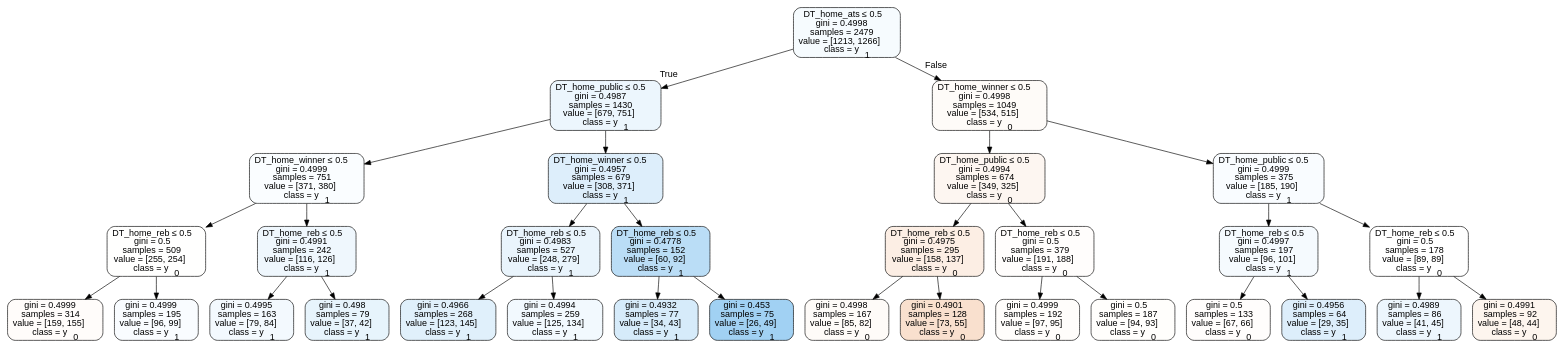
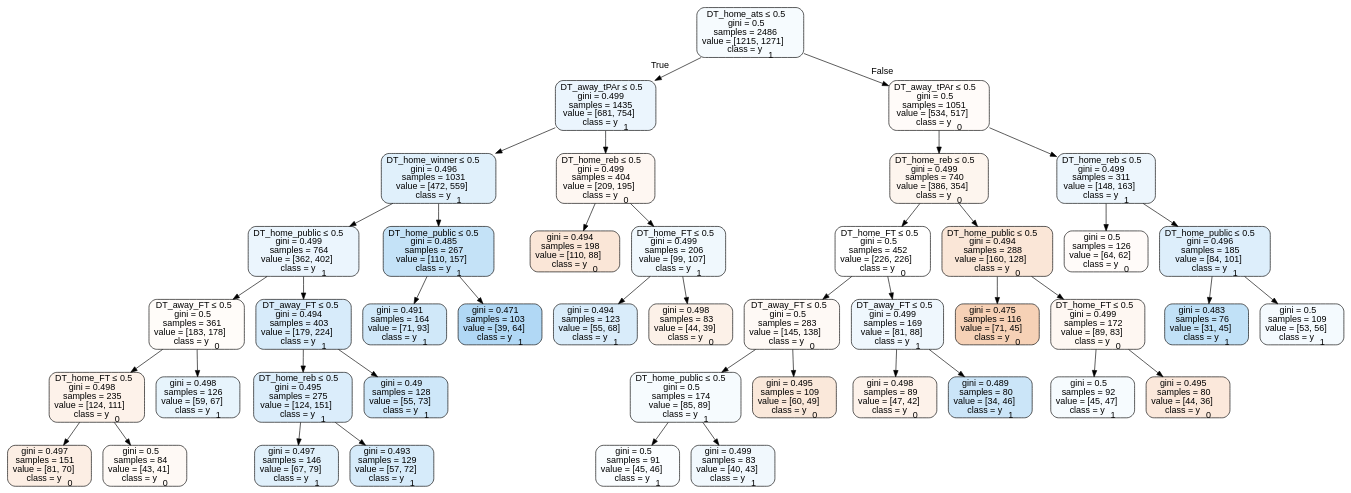
Before and after one commit to usbogie/ncaa-bets: the diagram in Basketball/data/trees/tree2015neutral.dot, drawn with Graphviz. The commit also changed 35 other files, not shown here.

```diff
--- a/Basketball/data/trees/tree2015neutral.dot
+++ b/Basketball/data/trees/tree2015neutral.dot
@@ -1,65 +1,89 @@
 digraph Tree {
 node [shape=box, style="filled, rounded", color="black", fontname=helvetica] ;
 edge [fontname=helvetica] ;
-0 [label=<DT_home_ats &le; 0.5<br/>gini = 0.4998<br/>samples = 2479<br/>value = [1213, 1266]<br/>class = y<SUB>1</SUB>>, fillcolor="#399de50b"] ;
-1 [label=<DT_home_public &le; 0.5<br/>gini = 0.4987<br/>samples = 1430<br/>value = [679, 751]<br/>class = y<SUB>1</SUB>>, fillcolor="#399de518"] ;
+0 [label=<DT_home_ats &le; 0.5<br/>gini = 0.5<br/>samples = 2486<br/>value = [1215, 1271]<br/>class = y<SUB>1</SUB>>, fillcolor="#399de50b"] ;
+1 [label=<DT_away_tPAr &le; 0.5<br/>gini = 0.499<br/>samples = 1435<br/>value = [681, 754]<br/>class = y<SUB>1</SUB>>, fillcolor="#399de519"] ;
 0 -> 1 [labeldistance=2.5, labelangle=45, headlabel="True"] ;
-2 [label=<DT_home_winner &le; 0.5<br/>gini = 0.4999<br/>samples = 751<br/>value = [371, 380]<br/>class = y<SUB>1</SUB>>, fillcolor="#399de506"] ;
+2 [label=<DT_home_winner &le; 0.5<br/>gini = 0.496<br/>samples = 1031<br/>value = [472, 559]<br/>class = y<SUB>1</SUB>>, fillcolor="#399de528"] ;
 1 -> 2 ;
-3 [label=<DT_home_reb &le; 0.5<br/>gini = 0.5<br/>samples = 509<br/>value = [255, 254]<br/>class = y<SUB>0</SUB>>, fillcolor="#e5813901"] ;
+3 [label=<DT_home_public &le; 0.5<br/>gini = 0.499<br/>samples = 764<br/>value = [362, 402]<br/>class = y<SUB>1</SUB>>, fillcolor="#399de519"] ;
 2 -> 3 ;
-4 [label=<gini = 0.4999<br/>samples = 314<br/>value = [159, 155]<br/>class = y<SUB>0</SUB>>, fillcolor="#e5813906"] ;
+4 [label=<DT_away_FT &le; 0.5<br/>gini = 0.5<br/>samples = 361<br/>value = [183, 178]<br/>class = y<SUB>0</SUB>>, fillcolor="#e5813907"] ;
 3 -> 4 ;
-5 [label=<gini = 0.4999<br/>samples = 195<br/>value = [96, 99]<br/>class = y<SUB>1</SUB>>, fillcolor="#399de508"] ;
-3 -> 5 ;
-6 [label=<DT_home_reb &le; 0.5<br/>gini = 0.4991<br/>samples = 242<br/>value = [116, 126]<br/>class = y<SUB>1</SUB>>, fillcolor="#399de514"] ;
-2 -> 6 ;
-7 [label=<gini = 0.4995<br/>samples = 163<br/>value = [79, 84]<br/>class = y<SUB>1</SUB>>, fillcolor="#399de50f"] ;
-6 -> 7 ;
-8 [label=<gini = 0.498<br/>samples = 79<br/>value = [37, 42]<br/>class = y<SUB>1</SUB>>, fillcolor="#399de51e"] ;
-6 -> 8 ;
-9 [label=<DT_home_winner &le; 0.5<br/>gini = 0.4957<br/>samples = 679<br/>value = [308, 371]<br/>class = y<SUB>1</SUB>>, fillcolor="#399de52b"] ;
-1 -> 9 ;
-10 [label=<DT_home_reb &le; 0.5<br/>gini = 0.4983<br/>samples = 527<br/>value = [248, 279]<br/>class = y<SUB>1</SUB>>, fillcolor="#399de51c"] ;
+5 [label=<DT_home_FT &le; 0.5<br/>gini = 0.498<br/>samples = 235<br/>value = [124, 111]<br/>class = y<SUB>0</SUB>>, fillcolor="#e581391b"] ;
+4 -> 5 ;
+6 [label=<gini = 0.497<br/>samples = 151<br/>value = [81, 70]<br/>class = y<SUB>0</SUB>>, fillcolor="#e5813923"] ;
+5 -> 6 ;
+7 [label=<gini = 0.5<br/>samples = 84<br/>value = [43, 41]<br/>class = y<SUB>0</SUB>>, fillcolor="#e581390c"] ;
+5 -> 7 ;
+8 [label=<gini = 0.498<br/>samples = 126<br/>value = [59, 67]<br/>class = y<SUB>1</SUB>>, fillcolor="#399de51e"] ;
+4 -> 8 ;
+9 [label=<DT_away_FT &le; 0.5<br/>gini = 0.494<br/>samples = 403<br/>value = [179, 224]<br/>class = y<SUB>1</SUB>>, fillcolor="#399de533"] ;
+3 -> 9 ;
+10 [label=<DT_home_reb &le; 0.5<br/>gini = 0.495<br/>samples = 275<br/>value = [124, 151]<br/>class = y<SUB>1</SUB>>, fillcolor="#399de52e"] ;
 9 -> 10 ;
-11 [label=<gini = 0.4966<br/>samples = 268<br/>value = [123, 145]<br/>class = y<SUB>1</SUB>>, fillcolor="#399de527"] ;
+11 [label=<gini = 0.497<br/>samples = 146<br/>value = [67, 79]<br/>class = y<SUB>1</SUB>>, fillcolor="#399de527"] ;
 10 -> 11 ;
-12 [label=<gini = 0.4994<br/>samples = 259<br/>value = [125, 134]<br/>class = y<SUB>1</SUB>>, fillcolor="#399de511"] ;
+12 [label=<gini = 0.493<br/>samples = 129<br/>value = [57, 72]<br/>class = y<SUB>1</SUB>>, fillcolor="#399de535"] ;
 10 -> 12 ;
-13 [label=<DT_home_reb &le; 0.5<br/>gini = 0.4778<br/>samples = 152<br/>value = [60, 92]<br/>class = y<SUB>1</SUB>>, fillcolor="#399de559"] ;
+13 [label=<gini = 0.49<br/>samples = 128<br/>value = [55, 73]<br/>class = y<SUB>1</SUB>>, fillcolor="#399de53f"] ;
 9 -> 13 ;
-14 [label=<gini = 0.4932<br/>samples = 77<br/>value = [34, 43]<br/>class = y<SUB>1</SUB>>, fillcolor="#399de535"] ;
-13 -> 14 ;
-15 [label=<gini = 0.453<br/>samples = 75<br/>value = [26, 49]<br/>class = y<SUB>1</SUB>>, fillcolor="#399de578"] ;
-13 -> 15 ;
-16 [label=<DT_home_winner &le; 0.5<br/>gini = 0.4998<br/>samples = 1049<br/>value = [534, 515]<br/>class = y<SUB>0</SUB>>, fillcolor="#e5813909"] ;
-0 -> 16 [labeldistance=2.5, labelangle=-45, headlabel="False"] ;
-17 [label=<DT_home_public &le; 0.5<br/>gini = 0.4994<br/>samples = 674<br/>value = [349, 325]<br/>class = y<SUB>0</SUB>>, fillcolor="#e5813912"] ;
-16 -> 17 ;
-18 [label=<DT_home_reb &le; 0.5<br/>gini = 0.4975<br/>samples = 295<br/>value = [158, 137]<br/>class = y<SUB>0</SUB>>, fillcolor="#e5813922"] ;
+14 [label=<DT_home_public &le; 0.5<br/>gini = 0.485<br/>samples = 267<br/>value = [110, 157]<br/>class = y<SUB>1</SUB>>, fillcolor="#399de54c"] ;
+2 -> 14 ;
+15 [label=<gini = 0.491<br/>samples = 164<br/>value = [71, 93]<br/>class = y<SUB>1</SUB>>, fillcolor="#399de53c"] ;
+14 -> 15 ;
+16 [label=<gini = 0.471<br/>samples = 103<br/>value = [39, 64]<br/>class = y<SUB>1</SUB>>, fillcolor="#399de564"] ;
+14 -> 16 ;
+17 [label=<DT_home_reb &le; 0.5<br/>gini = 0.499<br/>samples = 404<br/>value = [209, 195]<br/>class = y<SUB>0</SUB>>, fillcolor="#e5813911"] ;
+1 -> 17 ;
+18 [label=<gini = 0.494<br/>samples = 198<br/>value = [110, 88]<br/>class = y<SUB>0</SUB>>, fillcolor="#e5813933"] ;
 17 -> 18 ;
-19 [label=<gini = 0.4998<br/>samples = 167<br/>value = [85, 82]<br/>class = y<SUB>0</SUB>>, fillcolor="#e5813909"] ;
-18 -> 19 ;
-20 [label=<gini = 0.4901<br/>samples = 128<br/>value = [73, 55]<br/>class = y<SUB>0</SUB>>, fillcolor="#e581393f"] ;
-18 -> 20 ;
-21 [label=<DT_home_reb &le; 0.5<br/>gini = 0.5<br/>samples = 379<br/>value = [191, 188]<br/>class = y<SUB>0</SUB>>, fillcolor="#e5813904"] ;
-17 -> 21 ;
-22 [label=<gini = 0.4999<br/>samples = 192<br/>value = [97, 95]<br/>class = y<SUB>0</SUB>>, fillcolor="#e5813905"] ;
-21 -> 22 ;
-23 [label=<gini = 0.5<br/>samples = 187<br/>value = [94, 93]<br/>class = y<SUB>0</SUB>>, fillcolor="#e5813903"] ;
-21 -> 23 ;
-24 [label=<DT_home_public &le; 0.5<br/>gini = 0.4999<br/>samples = 375<br/>value = [185, 190]<br/>class = y<SUB>1</SUB>>, fillcolor="#399de507"] ;
-16 -> 24 ;
-25 [label=<DT_home_reb &le; 0.5<br/>gini = 0.4997<br/>samples = 197<br/>value = [96, 101]<br/>class = y<SUB>1</SUB>>, fillcolor="#399de50d"] ;
+19 [label=<DT_home_FT &le; 0.5<br/>gini = 0.499<br/>samples = 206<br/>value = [99, 107]<br/>class = y<SUB>1</SUB>>, fillcolor="#399de513"] ;
+17 -> 19 ;
+20 [label=<gini = 0.494<br/>samples = 123<br/>value = [55, 68]<br/>class = y<SUB>1</SUB>>, fillcolor="#399de531"] ;
+19 -> 20 ;
+21 [label=<gini = 0.498<br/>samples = 83<br/>value = [44, 39]<br/>class = y<SUB>0</SUB>>, fillcolor="#e581391d"] ;
+19 -> 21 ;
+22 [label=<DT_away_tPAr &le; 0.5<br/>gini = 0.5<br/>samples = 1051<br/>value = [534, 517]<br/>class = y<SUB>0</SUB>>, fillcolor="#e5813908"] ;
+0 -> 22 [labeldistance=2.5, labelangle=-45, headlabel="False"] ;
+23 [label=<DT_home_reb &le; 0.5<br/>gini = 0.499<br/>samples = 740<br/>value = [386, 354]<br/>class = y<SUB>0</SUB>>, fillcolor="#e5813915"] ;
+22 -> 23 ;
+24 [label=<DT_home_FT &le; 0.5<br/>gini = 0.5<br/>samples = 452<br/>value = [226, 226]<br/>class = y<SUB>0</SUB>>, fillcolor="#e5813900"] ;
+23 -> 24 ;
+25 [label=<DT_away_FT &le; 0.5<br/>gini = 0.5<br/>samples = 283<br/>value = [145, 138]<br/>class = y<SUB>0</SUB>>, fillcolor="#e581390c"] ;
 24 -> 25 ;
-26 [label=<gini = 0.5<br/>samples = 133<br/>value = [67, 66]<br/>class = y<SUB>0</SUB>>, fillcolor="#e5813904"] ;
+26 [label=<DT_home_public &le; 0.5<br/>gini = 0.5<br/>samples = 174<br/>value = [85, 89]<br/>class = y<SUB>1</SUB>>, fillcolor="#399de50b"] ;
 25 -> 26 ;
-27 [label=<gini = 0.4956<br/>samples = 64<br/>value = [29, 35]<br/>class = y<SUB>1</SUB>>, fillcolor="#399de52c"] ;
-25 -> 27 ;
-28 [label=<DT_home_reb &le; 0.5<br/>gini = 0.5<br/>samples = 178<br/>value = [89, 89]<br/>class = y<SUB>0</SUB>>, fillcolor="#e5813900"] ;
-24 -> 28 ;
-29 [label=<gini = 0.4989<br/>samples = 86<br/>value = [41, 45]<br/>class = y<SUB>1</SUB>>, fillcolor="#399de517"] ;
-28 -> 29 ;
-30 [label=<gini = 0.4991<br/>samples = 92<br/>value = [48, 44]<br/>class = y<SUB>0</SUB>>, fillcolor="#e5813915"] ;
-28 -> 30 ;
+27 [label=<gini = 0.5<br/>samples = 91<br/>value = [45, 46]<br/>class = y<SUB>1</SUB>>, fillcolor="#399de506"] ;
+26 -> 27 ;
+28 [label=<gini = 0.499<br/>samples = 83<br/>value = [40, 43]<br/>class = y<SUB>1</SUB>>, fillcolor="#399de512"] ;
+26 -> 28 ;
+29 [label=<gini = 0.495<br/>samples = 109<br/>value = [60, 49]<br/>class = y<SUB>0</SUB>>, fillcolor="#e581392f"] ;
+25 -> 29 ;
+30 [label=<DT_away_FT &le; 0.5<br/>gini = 0.499<br/>samples = 169<br/>value = [81, 88]<br/>class = y<SUB>1</SUB>>, fillcolor="#399de514"] ;
+24 -> 30 ;
+31 [label=<gini = 0.498<br/>samples = 89<br/>value = [47, 42]<br/>class = y<SUB>0</SUB>>, fillcolor="#e581391b"] ;
+30 -> 31 ;
+32 [label=<gini = 0.489<br/>samples = 80<br/>value = [34, 46]<br/>class = y<SUB>1</SUB>>, fillcolor="#399de543"] ;
+30 -> 32 ;
+33 [label=<DT_home_public &le; 0.5<br/>gini = 0.494<br/>samples = 288<br/>value = [160, 128]<br/>class = y<SUB>0</SUB>>, fillcolor="#e5813933"] ;
+23 -> 33 ;
+34 [label=<gini = 0.475<br/>samples = 116<br/>value = [71, 45]<br/>class = y<SUB>0</SUB>>, fillcolor="#e581395d"] ;
+33 -> 34 ;
+35 [label=<DT_home_FT &le; 0.5<br/>gini = 0.499<br/>samples = 172<br/>value = [89, 83]<br/>class = y<SUB>0</SUB>>, fillcolor="#e5813911"] ;
+33 -> 35 ;
+36 [label=<gini = 0.5<br/>samples = 92<br/>value = [45, 47]<br/>class = y<SUB>1</SUB>>, fillcolor="#399de50b"] ;
+35 -> 36 ;
+37 [label=<gini = 0.495<br/>samples = 80<br/>value = [44, 36]<br/>class = y<SUB>0</SUB>>, fillcolor="#e581392e"] ;
+35 -> 37 ;
+38 [label=<DT_home_reb &le; 0.5<br/>gini = 0.499<br/>samples = 311<br/>value = [148, 163]<br/>class = y<SUB>1</SUB>>, fillcolor="#399de517"] ;
+22 -> 38 ;
+39 [label=<gini = 0.5<br/>samples = 126<br/>value = [64, 62]<br/>class = y<SUB>0</SUB>>, fillcolor="#e5813908"] ;
+38 -> 39 ;
+40 [label=<DT_home_public &le; 0.5<br/>gini = 0.496<br/>samples = 185<br/>value = [84, 101]<br/>class = y<SUB>1</SUB>>, fillcolor="#399de52b"] ;
+38 -> 40 ;
+41 [label=<gini = 0.483<br/>samples = 76<br/>value = [31, 45]<br/>class = y<SUB>1</SUB>>, fillcolor="#399de54f"] ;
+40 -> 41 ;
+42 [label=<gini = 0.5<br/>samples = 109<br/>value = [53, 56]<br/>class = y<SUB>1</SUB>>, fillcolor="#399de50e"] ;
+40 -> 42 ;
 }
```
